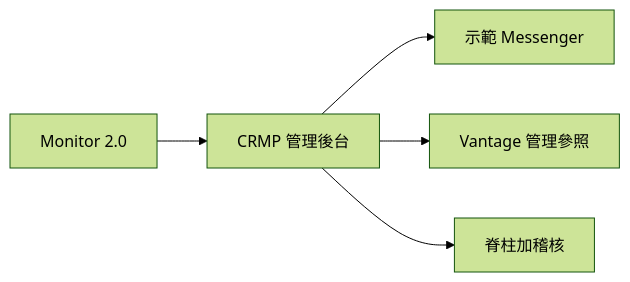
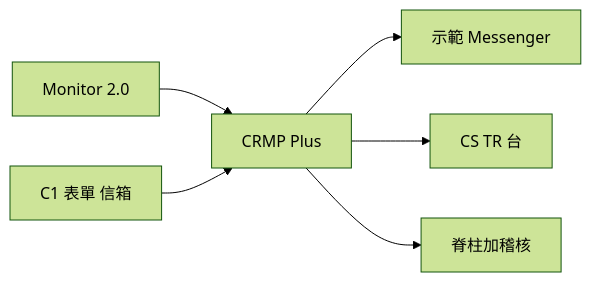
Before and after one commit to hxyan2020/PRD: the first of 8 diagrams in platform/docs/PRD.zh-Hant.md, drawn with Mermaid (forest theme). The commit also changed other lines of this file and 31 other files, not shown here.

First line of the commit message:
Give CRMP Plus its own Pages URL and leave original CRMP Admin frozen.

````diff
--- a/platform/docs/PRD.zh-Hant.md
+++ b/platform/docs/PRD.zh-Hant.md
@@ -25,7 +26,8 @@
 ```mermaid
 graph LR
-  Mon[Monitor 2.0] --> Crmp[CRMP 管理後台]
-  Crmp --> Lark[示範 Messenger]
-  Crmp --> Admin[Vantage 管理參照]
-  Crmp --> Audit[脊柱加稽核]
+  Mon[Monitor 2.0] --> Plus[CRMP Plus]
+  CsIn[C1 表單 信箱] --> Plus
+  Plus --> Lark[示範 Messenger]
+  Plus --> CsDesk[CS TR 台]
+  Plus --> Audit[脊柱加稽核]
 ```
````
